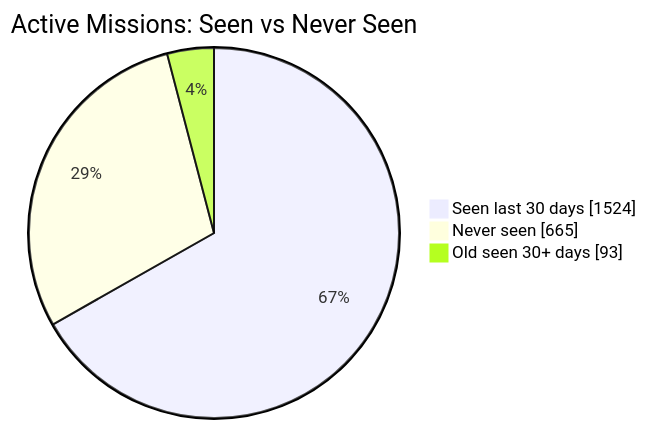
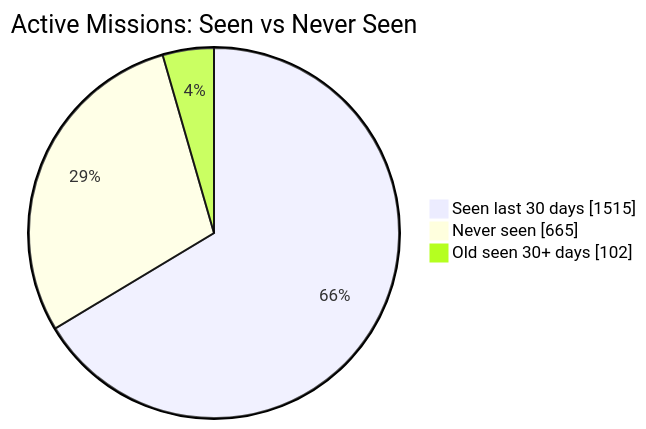
One commit to MeldkamerspelGameTeam/active-missions changed the first of 2 diagrams in README.md. Above: the diagram before and after it, drawn with Mermaid. The commit also changed other lines of this file and 2 other files, not shown here.

````diff
--- a/README.md
+++ b/README.md
@@ -34,7 +34,7 @@
 ```mermaid
 pie showData
     title Active Missions: Seen vs Never Seen
-    "Seen last 30 days" : 1524
+    "Seen last 30 days" : 1515
     "Never seen" : 665
-    "Old seen 30+ days" : 93
+    "Old seen 30+ days" : 102
 ```
````
